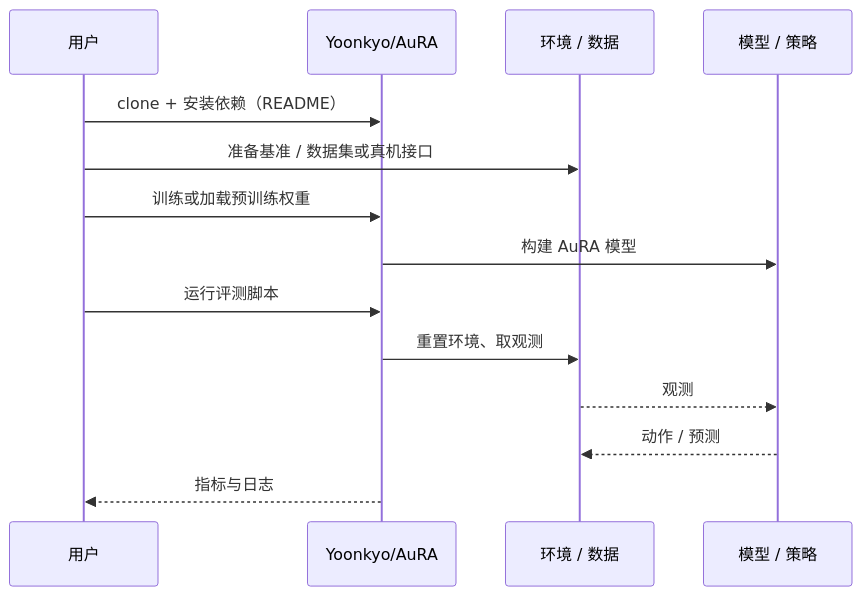
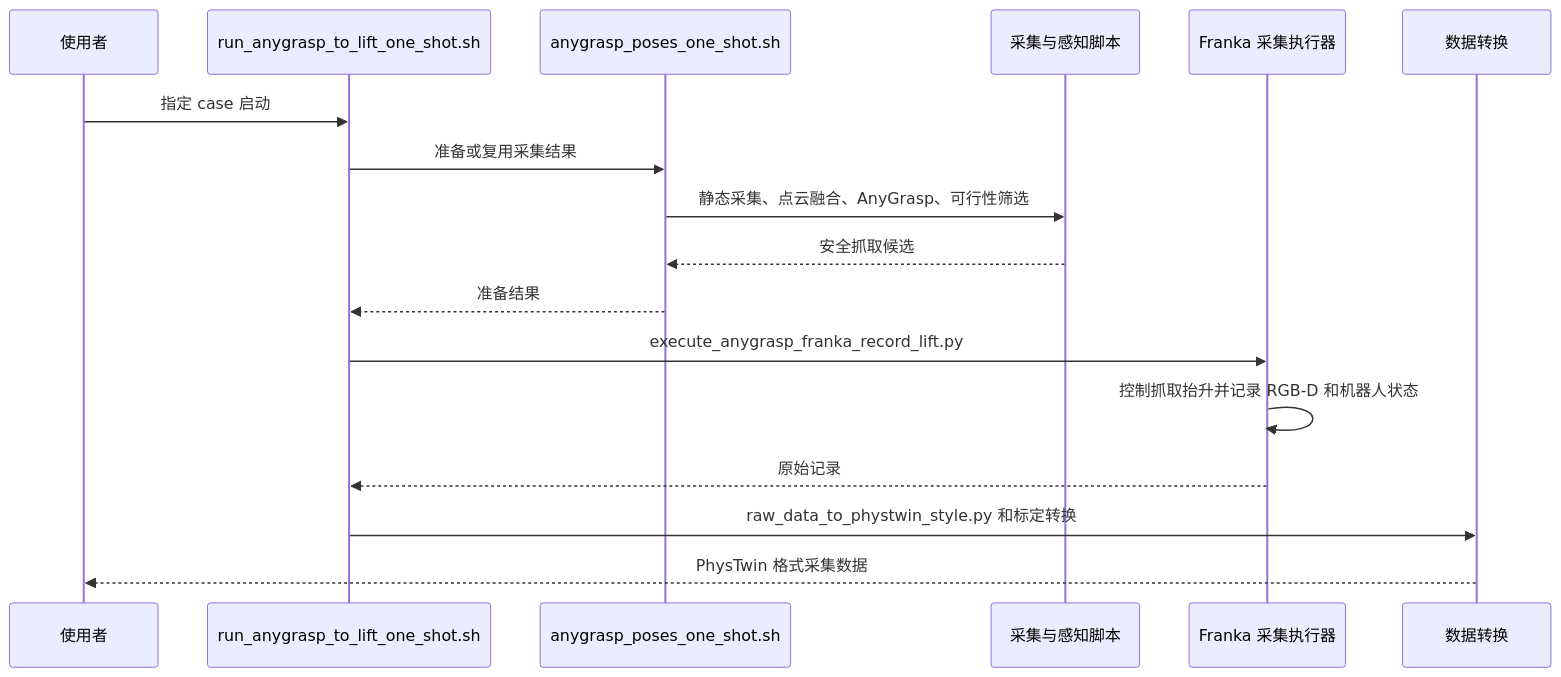
The second of 2 diagrams in wiki/entities/paper-aura.md (ImChong/Robotics_Notebooks), drawn with Mermaid before and after one commit. The commit also changed other lines of this file, not shown here.

````diff
--- a/wiki/entities/paper-aura.md
+++ b/wiki/entities/paper-aura.md
@@ -59,16 +73,19 @@
 ```mermaid
 sequenceDiagram
-  participant U as 用户
-  participant R as Yoonkyo/AuRA
-  participant E as 环境 / 数据
-  participant M as 模型 / 策略
-  U->>R: clone + 安装依赖（README）
-  U->>E: 准备基准 / 数据集或真机接口
-  U->>R: 训练或加载预训练权重
-  R->>M: 构建 AuRA 模型
-  U->>R: 运行评测脚本
-  R->>E: 重置环境、取观测
-  E-->>M: 观测
-  M-->>E: 动作 / 预测
-  R-->>U: 指标与日志
+  participant U as 使用者
+  participant S as run_anygrasp_to_lift_one_shot.sh
+  participant P as anygrasp_poses_one_shot.sh
+  participant A as 采集与感知脚本
+  participant R as Franka 采集执行器
+  participant C as 数据转换
+  U->>S: 指定 case 启动
+  S->>P: 准备或复用采集结果
+  P->>A: 静态采集、点云融合、AnyGrasp、可行性筛选
+  A-->>P: 安全抓取候选
+  P-->>S: 准备结果
+  S->>R: execute_anygrasp_franka_record_lift.py
+  R->>R: 控制抓取抬升并记录 RGB-D 和机器人状态
+  R-->>S: 原始记录
+  S->>C: raw_data_to_phystwin_style.py 和标定转换
+  C-->>U: PhysTwin 格式采集数据
 ```
````
